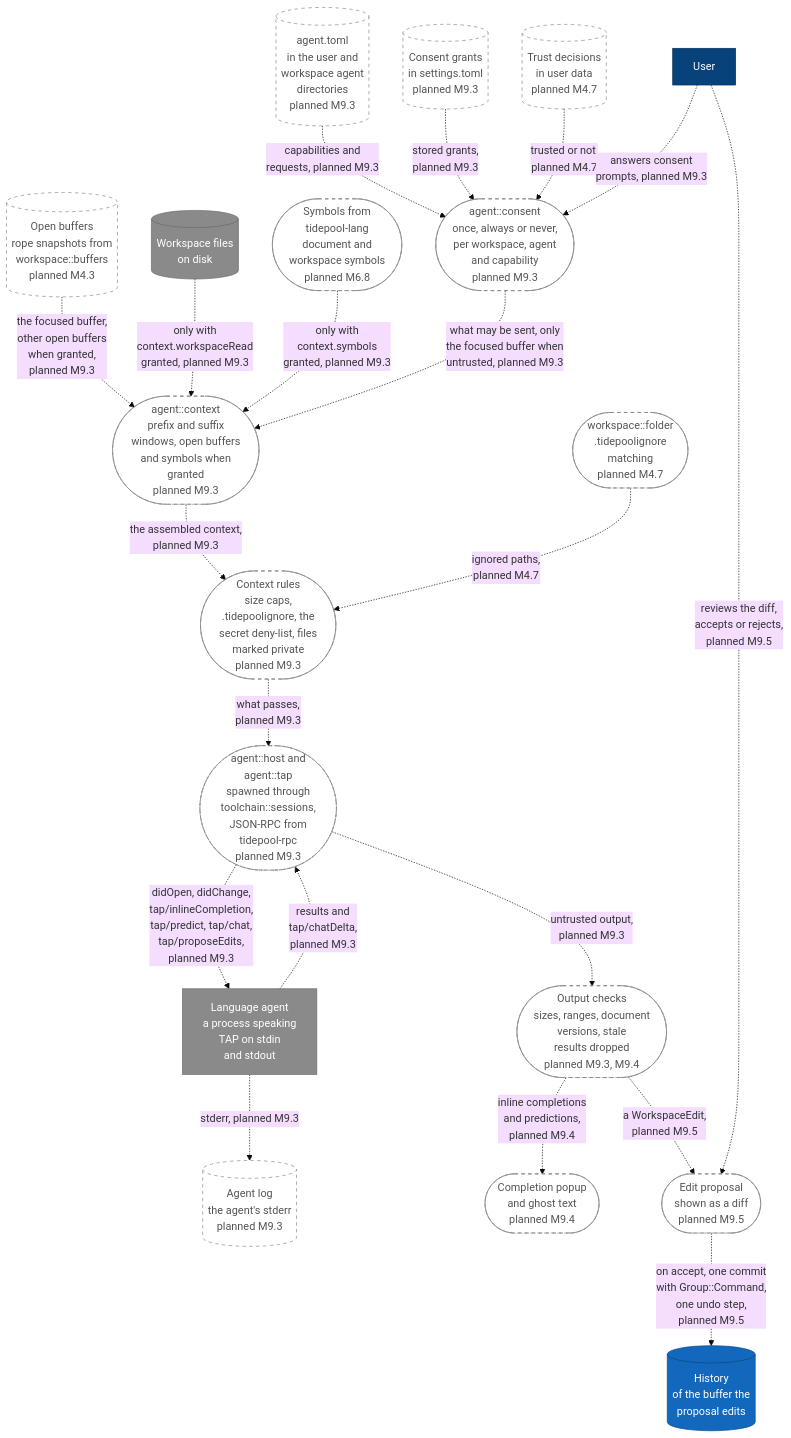
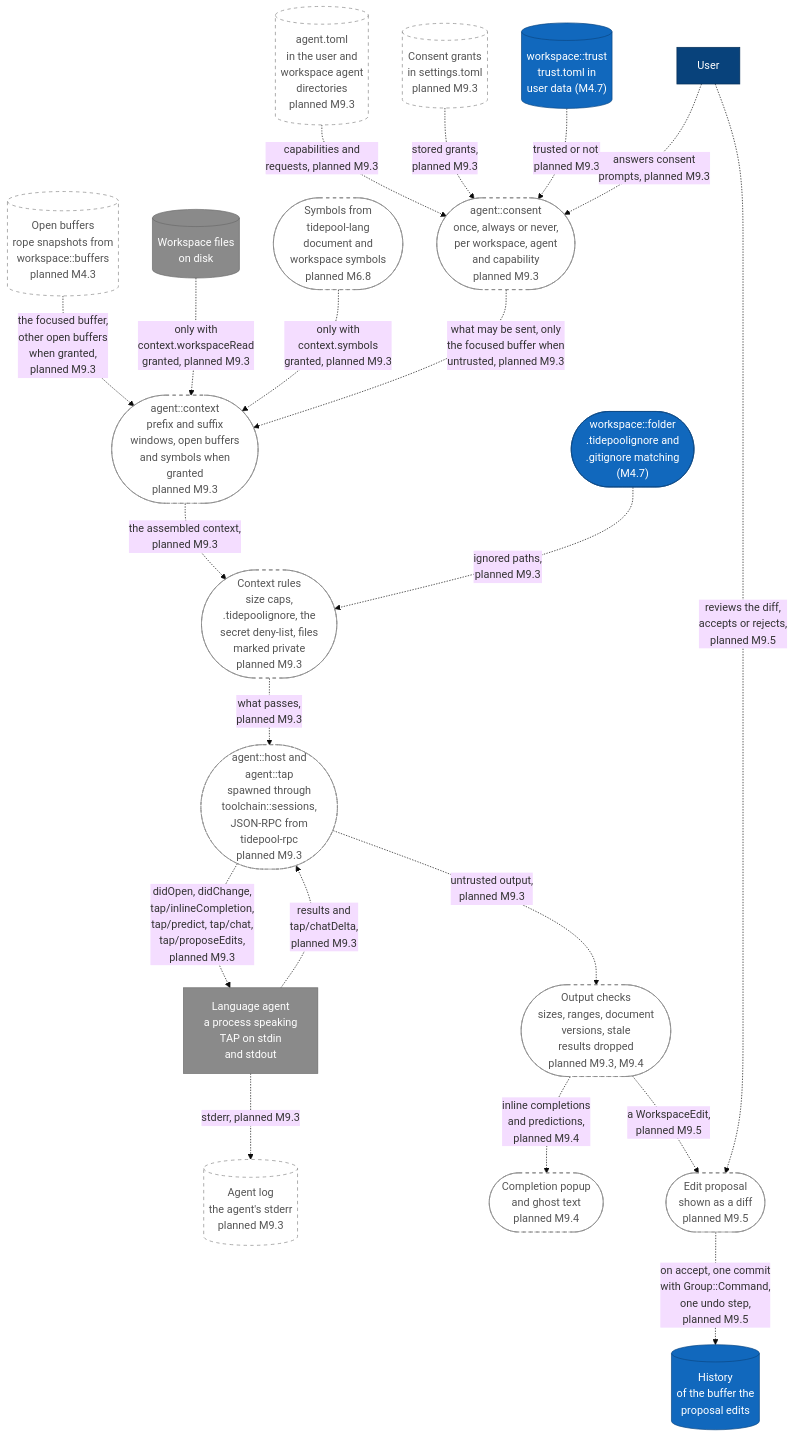
One commit to jabbott-iii/Tidepool changed the fifth of 19 diagrams in diagrams/data-flow-and-state.md. Above: the diagram before and after it, drawn with Mermaid (base theme). The commit also changed other lines of this file and 54 other files, not shown here.

First line of the commit message:
feat(workspace,app): folders, ignore files, trust and settings (M4.7)

````diff
--- a/diagrams/data-flow-and-state.md
+++ b/diagrams/data-flow-and-state.md
@@ -253,51 +254,52 @@
 ```mermaid
 flowchart TB
     user["User"]
     agentProc["Language agent<br/>a process speaking<br/>TAP on stdin<br/>and stdout"]
     files[("Workspace files<br/>on disk")]
     buffers[("Open buffers<br/>rope snapshots from<br/>workspace::buffers<br/>planned M4.3")]
     symbols(["Symbols from<br/>tidepool-lang<br/>document and<br/>workspace symbols<br/>planned M6.8"])
     manifest[("agent.toml<br/>in the user and<br/>workspace agent<br/>directories<br/>planned M9.3")]
     grants[("Consent grants<br/>in settings.toml<br/>planned M9.3")]
-    trustStore[("Trust decisions<br/>in user data<br/>planned M4.7")]
-    ignore(["workspace::folder<br/>.tidepoolignore<br/>matching<br/>planned M4.7"])
+    trustStore[("workspace::trust<br/>trust.toml in<br/>user data (M4.7)")]
+    ignore(["workspace::folder<br/>.tidepoolignore and<br/>.gitignore matching<br/>(M4.7)"])
     consent(["agent::consent<br/>once, always or never,<br/>per workspace, agent<br/>and capability<br/>planned M9.3"])
     context(["agent::context<br/>prefix and suffix<br/>windows, open buffers<br/>and symbols when<br/>granted<br/>planned M9.3"])
     rules(["Context rules<br/>size caps,<br/>.tidepoolignore, the<br/>secret deny-list, files<br/>marked private<br/>planned M9.3"])
     host(["agent::host and<br/>agent::tap<br/>spawned through<br/>toolchain::sessions,<br/>JSON-RPC from<br/>tidepool-rpc<br/>planned M9.3"])
     agentLog[("Agent log<br/>the agent's stderr<br/>planned M9.3")]
     checks(["Output checks<br/>sizes, ranges, document<br/>versions, stale<br/>results dropped<br/>planned M9.3, M9.4"])
     ghost(["Completion popup<br/>and ghost text<br/>planned M9.4"])
     proposal(["Edit proposal<br/>shown as a diff<br/>planned M9.5"])
     hist[("History<br/>of the buffer the<br/>proposal edits")]
 
     buffers -.->|"the focused buffer,<br/>other open buffers<br/>when granted,<br/>planned M9.3"| context
     files -.->|"only with<br/>context.workspaceRead<br/>granted, planned M9.3"| context
     symbols -.->|"only with<br/>context.symbols<br/>granted, planned M9.3"| context
     manifest -.->|"capabilities and<br/>requests, planned M9.3"| consent
     grants -.->|"stored grants,<br/>planned M9.3"| consent
-    trustStore -.->|"trusted or not,<br/>planned M4.7"| consent
+    trustStore -.->|"trusted or not,<br/>planned M9.3"| consent
     user -.->|"answers consent<br/>prompts, planned M9.3"| consent
     consent -.->|"what may be sent, only<br/>the focused buffer when<br/>untrusted, planned M9.3"| context
     context -.->|"the assembled context,<br/>planned M9.3"| rules
-    ignore -.->|"ignored paths,<br/>planned M4.7"| rules
+    ignore -.->|"ignored paths,<br/>planned M9.3"| rules
     rules -.->|"what passes,<br/>planned M9.3"| host
     host -.->|"didOpen, didChange,<br/>tap/inlineCompletion,<br/>tap/predict, tap/chat,<br/>tap/proposeEdits,<br/>planned M9.3"| agentProc
     agentProc -.->|"results and<br/>tap/chatDelta,<br/>planned M9.3"| host
     agentProc -.->|"stderr, planned M9.3"| agentLog
     host -.->|"untrusted output,<br/>planned M9.3"| checks
     checks -.->|"inline completions<br/>and predictions,<br/>planned M9.4"| ghost
     checks -.->|"a WorkspaceEdit,<br/>planned M9.5"| proposal
     user -.->|"reviews the diff,<br/>accepts or rejects,<br/>planned M9.5"| proposal
     proposal -.->|"on accept, one commit<br/>with Group::Command,<br/>one undo step,<br/>planned M9.5"| hist
 
     classDef person fill:#08427b,stroke:#052e56,color:#ffffff
     classDef built fill:#1168bd,stroke:#0b4884,color:#ffffff
     classDef external fill:#8a8a8a,stroke:#6b6b6b,color:#ffffff
     classDef planned fill:#ffffff,stroke:#888888,stroke-dasharray: 5 5,color:#555555
     classDef store fill:#1168bd,stroke:#0b4884,color:#ffffff
     class user person
     class agentProc,files external
-    class hist store
-    class buffers,symbols,manifest,grants,trustStore,ignore,consent,context,rules,host,agentLog,checks,ghost,proposal planned
+    class hist,trustStore store
+    class ignore built
+    class buffers,symbols,manifest,grants,consent,context,rules,host,agentLog,checks,ghost,proposal planned
 ```
````
